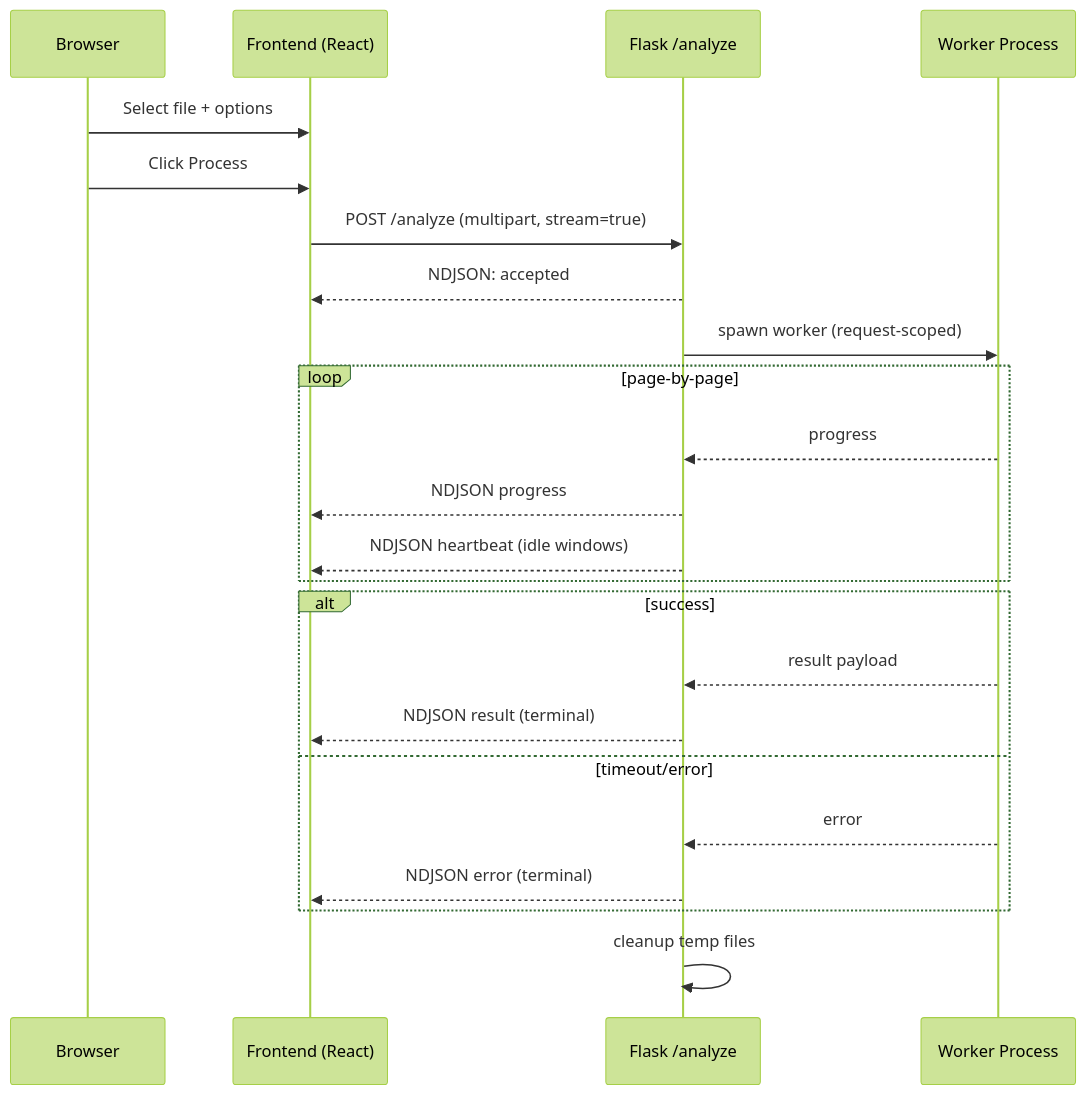
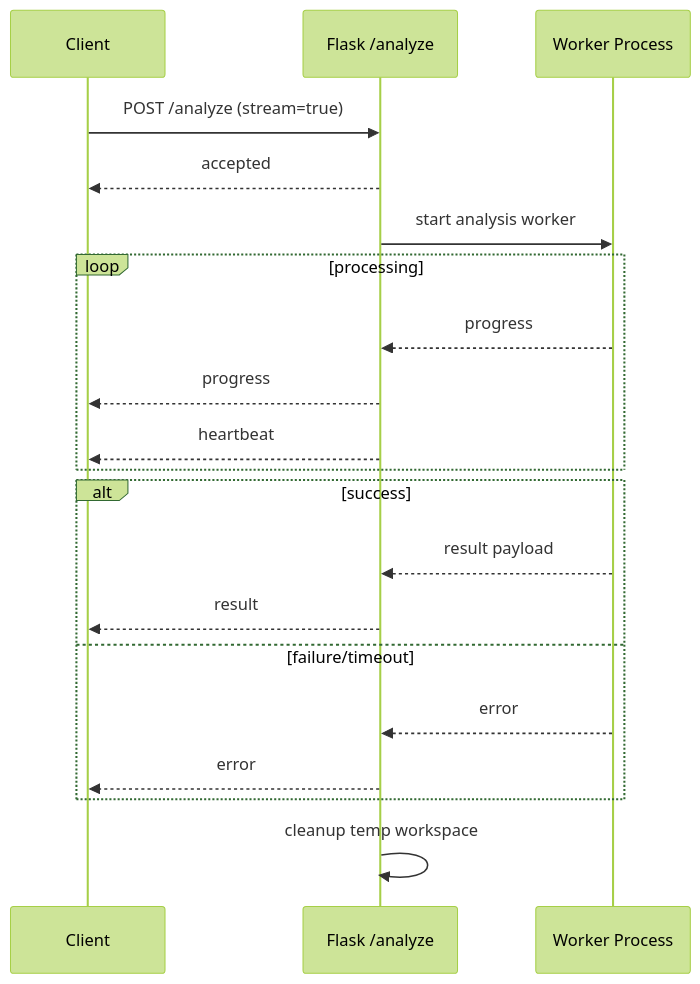
Before and after one commit to ragaeeb/skalu: the third of 3 diagrams in docs/architecture.md, drawn with Mermaid (forest theme). The commit also changed other lines of this file and 19 other files, not shown here.

````diff
--- a/docs/architecture.md
+++ b/docs/architecture.md
@@ -93,26 +145,23 @@
 ```mermaid
 sequenceDiagram
-  participant B as Browser
-  participant FE as Frontend (React)
+  participant C as Client
   participant API as Flask /analyze
   participant W as Worker Process
 
-  B->>FE: Select file + options
-  B->>FE: Click Process
-  FE->>API: POST /analyze (multipart, stream=true)
-  API-->>FE: NDJSON: accepted
-  API->>W: spawn worker (request-scoped)
-  loop page-by-page
+  C->>API: POST /analyze (stream=true)
+  API-->>C: accepted
+  API->>W: start analysis worker
+  loop processing
     W-->>API: progress
-    API-->>FE: NDJSON progress
-    API-->>FE: NDJSON heartbeat (idle windows)
+    API-->>C: progress
+    API-->>C: heartbeat
   end
   alt success
     W-->>API: result payload
-    API-->>FE: NDJSON result (terminal)
-  else timeout/error
+    API-->>C: result
+  else failure/timeout
     W-->>API: error
-    API-->>FE: NDJSON error (terminal)
+    API-->>C: error
   end
-  API->>API: cleanup temp files
+  API->>API: cleanup temp workspace
 ```
````
